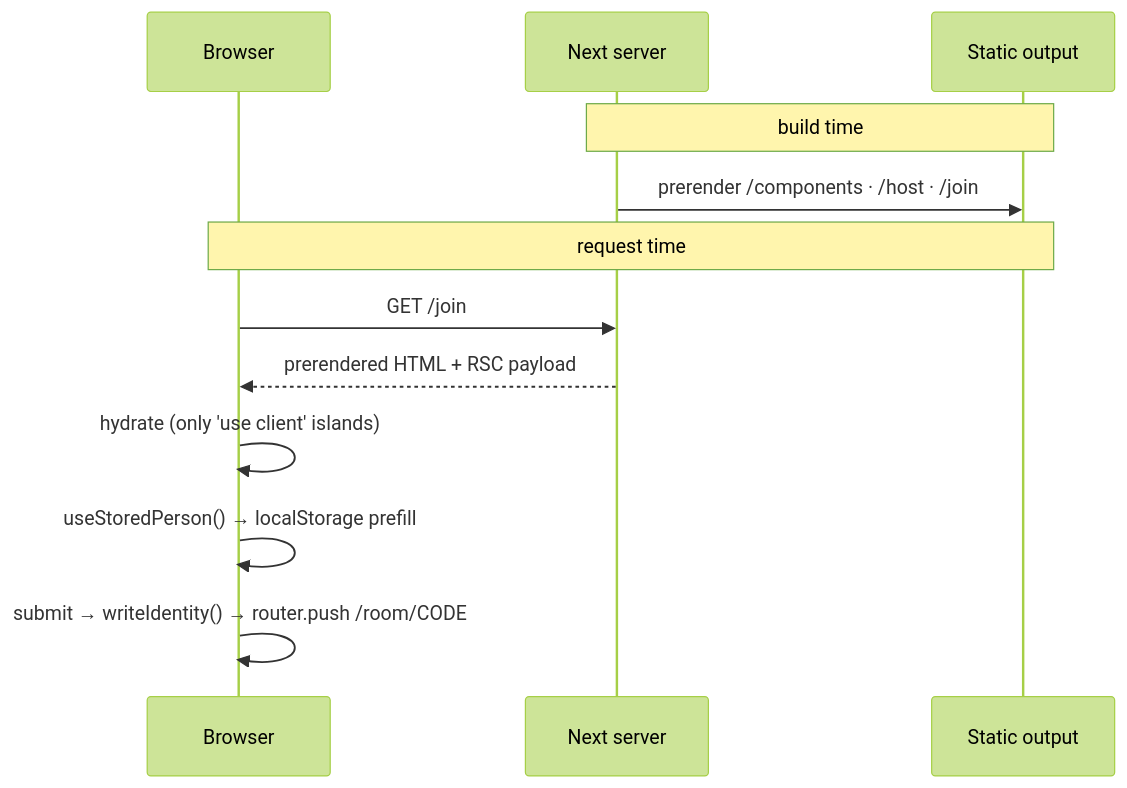
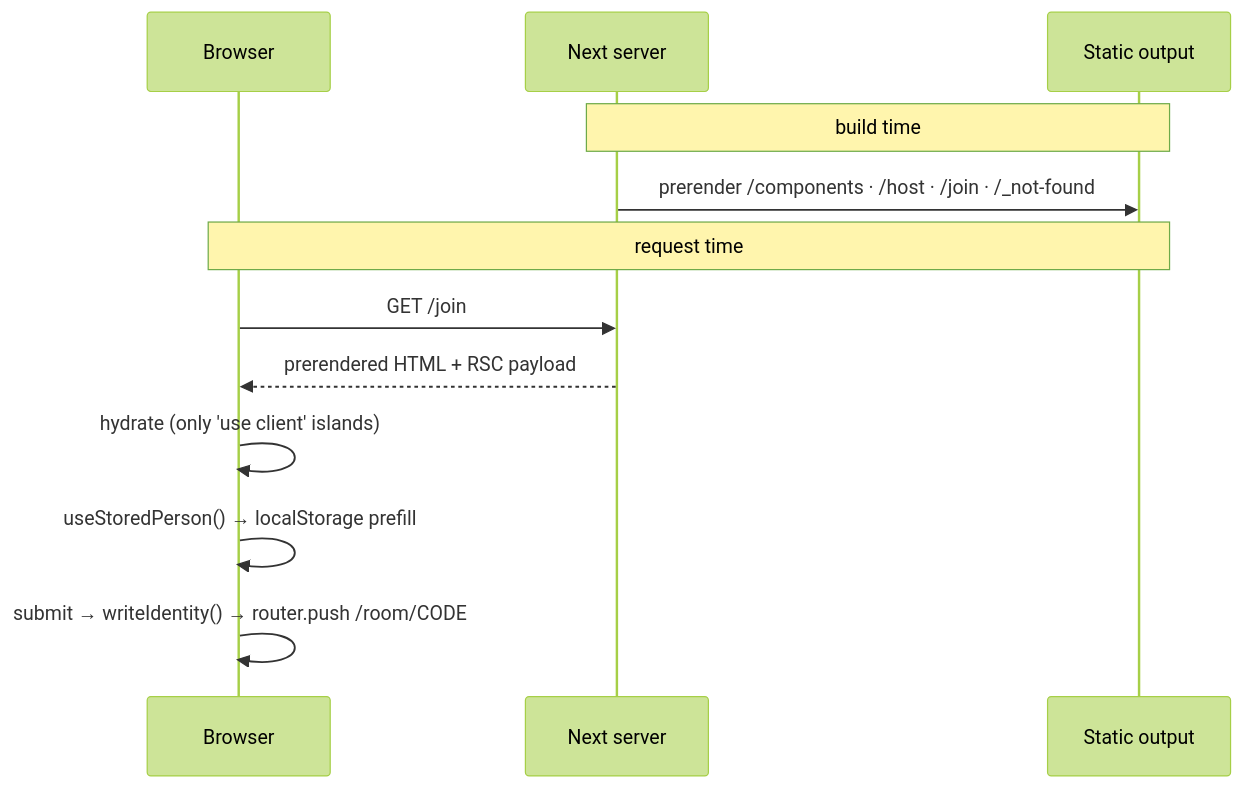
Before and after one commit to Jmeza081/captionist: the eighth of 12 diagrams in docs/architecture.md, drawn with Mermaid (forest theme). The commit also changed other lines of this file and 4 other files, not shown here.

````diff
--- a/docs/architecture.md
+++ b/docs/architecture.md
@@ -1869,16 +1977,16 @@
 ```mermaid
 sequenceDiagram
   participant B as Browser
   participant N as Next server
   participant S as Static output
 
   Note over N,S: build time
-  N->>S: prerender /components · /host · /join
+  N->>S: prerender /components · /host · /join · /_not-found
 
   Note over B,S: request time
   B->>N: GET /join
   N-->>B: prerendered HTML + RSC payload
   B->>B: hydrate (only 'use client' islands)
   B->>B: useStoredPerson() → localStorage prefill
   B->>B: submit → writeIdentity() → router.push /room/CODE
 ```
````
